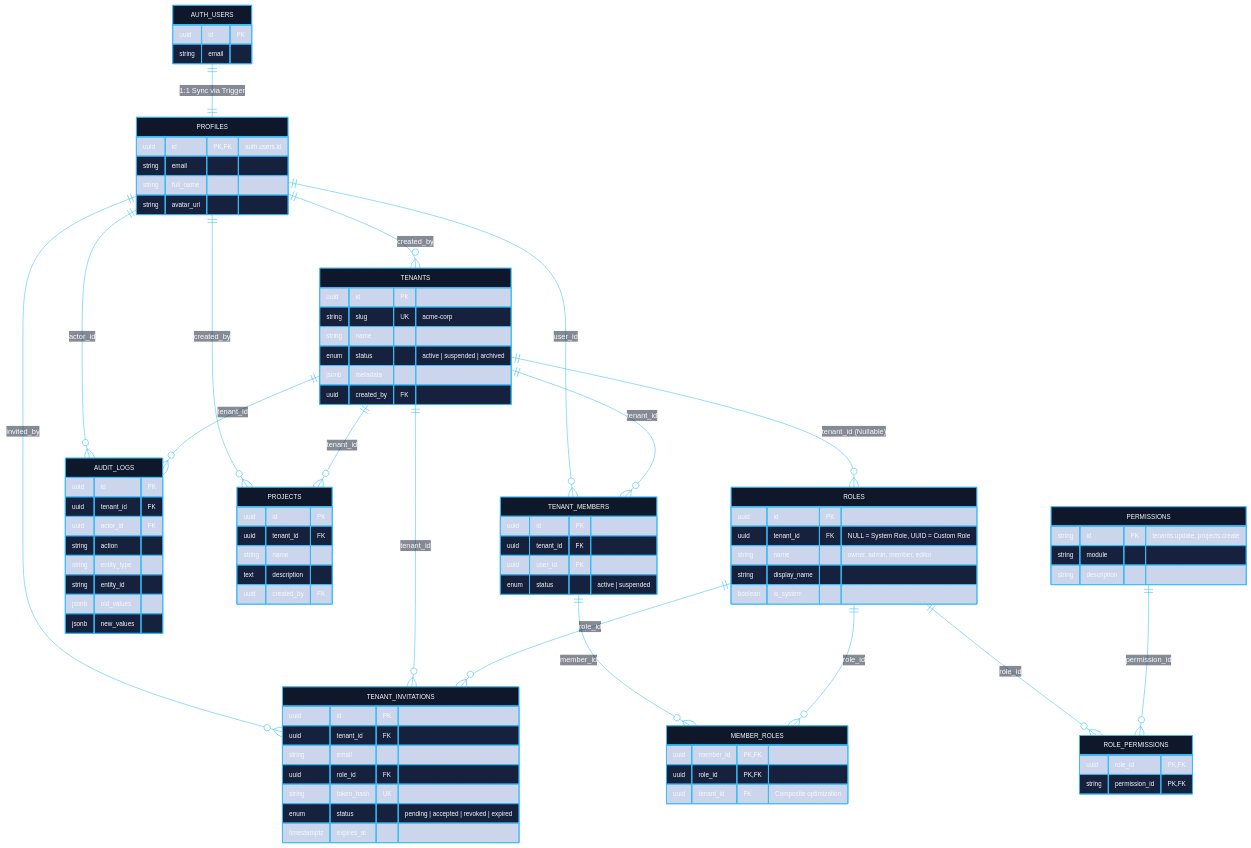
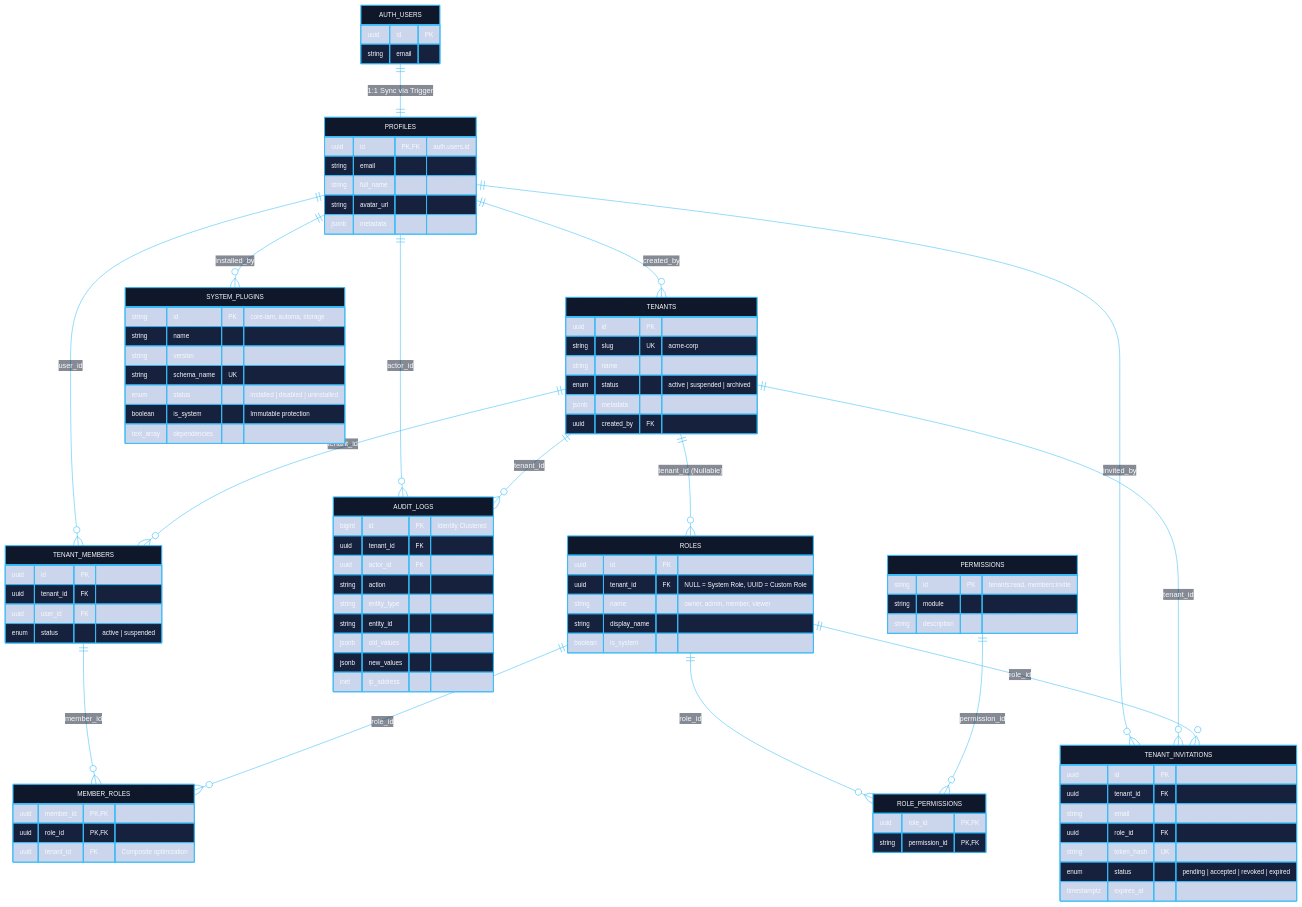
One commit to tuquet/cloud changed the diagram in README.md. Above: the diagram before and after it, drawn with Mermaid. The commit also changed other lines of this file and 2 other files, not shown here.

Commit message:
docs: refine root README and ERD diagrams for Base Core IAM and Enterprise Plugins

````diff
--- a/README.md
+++ b/README.md
@@ -50,13 +51,12 @@
     PROFILES ||--o{ TENANT_MEMBERS : "user_id"
     PROFILES ||--o{ TENANT_INVITATIONS : "invited_by"
     PROFILES ||--o{ AUDIT_LOGS : "actor_id"
-    PROFILES ||--o{ PROJECTS : "created_by"
+    PROFILES ||--o{ SYSTEM_PLUGINS : "installed_by"
 
     TENANTS ||--o{ TENANT_MEMBERS : "tenant_id"
     TENANTS ||--o{ ROLES : "tenant_id (Nullable)"
     TENANTS ||--o{ TENANT_INVITATIONS : "tenant_id"
     TENANTS ||--o{ AUDIT_LOGS : "tenant_id"
-    TENANTS ||--o{ PROJECTS : "tenant_id"
 
     ROLES ||--o{ ROLE_PERMISSIONS : "role_id"
     PERMISSIONS ||--o{ ROLE_PERMISSIONS : "permission_id"
@@ -75,6 +75,7 @@
         string email
         string full_name
         string avatar_url
+        jsonb metadata
     }
 
     TENANTS {
@@ -96,13 +97,13 @@
     ROLES {
         uuid id PK
         uuid tenant_id FK "NULL = System Role, UUID = Custom Role"
-        string name "owner, admin, member, editor"
+        string name "owner, admin, member, viewer"
         string display_name
         boolean is_system
     }
 
     PERMISSIONS {
-        string id PK "tenants:update, projects:create"
+        string id PK "tenants:read, members:invite"
         string module
         string description
     }
@@ -129,7 +130,7 @@
     }
 
     AUDIT_LOGS {
-        uuid id PK
+        bigint id PK "Identity Clustered"
         uuid tenant_id FK
         uuid actor_id FK
         string action
@@ -137,13 +138,16 @@
         string entity_id
         jsonb old_values
         jsonb new_values
+        inet ip_address
     }
 
-    PROJECTS {
-        uuid id PK
-        uuid tenant_id FK
+    SYSTEM_PLUGINS {
+        string id PK "core-iam, automa, storage"
         string name
-        text description
-        uuid created_by FK
+        string version
+        string schema_name UK
+        enum status "installed | disabled | uninstalled"
+        boolean is_system "Immutable protection"
+        text_array dependencies
     }
 ```
````
